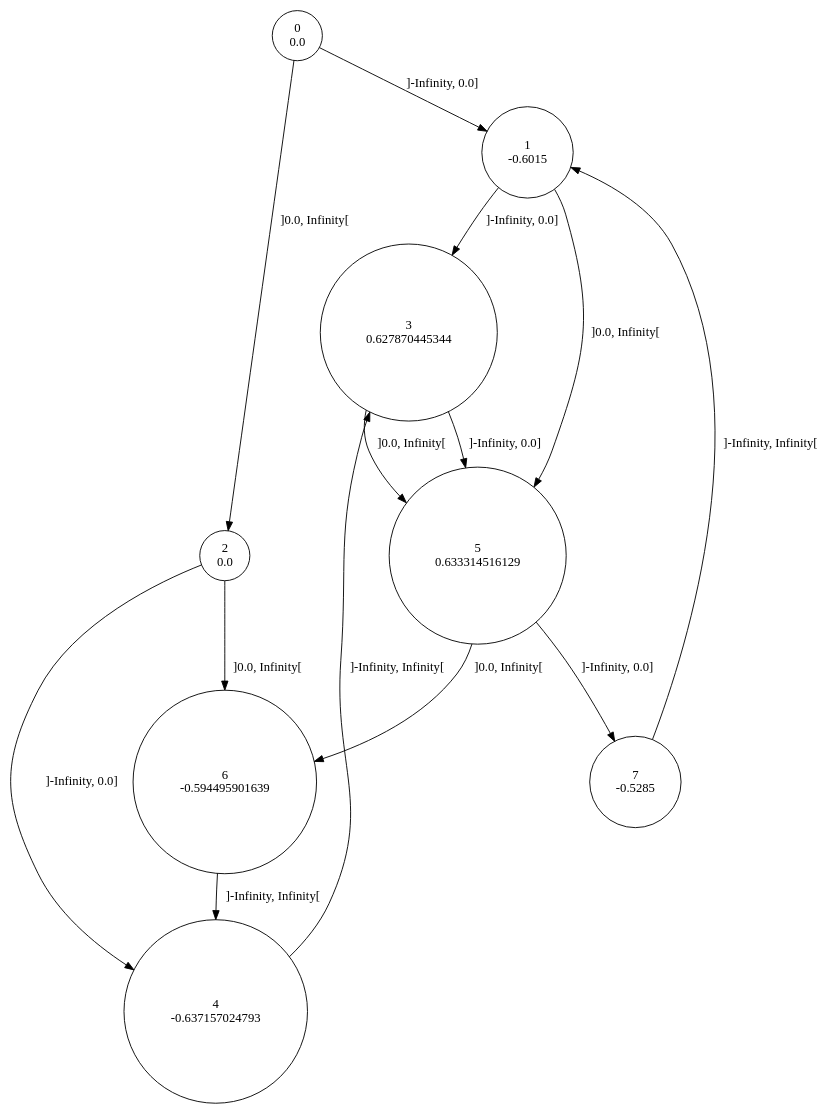
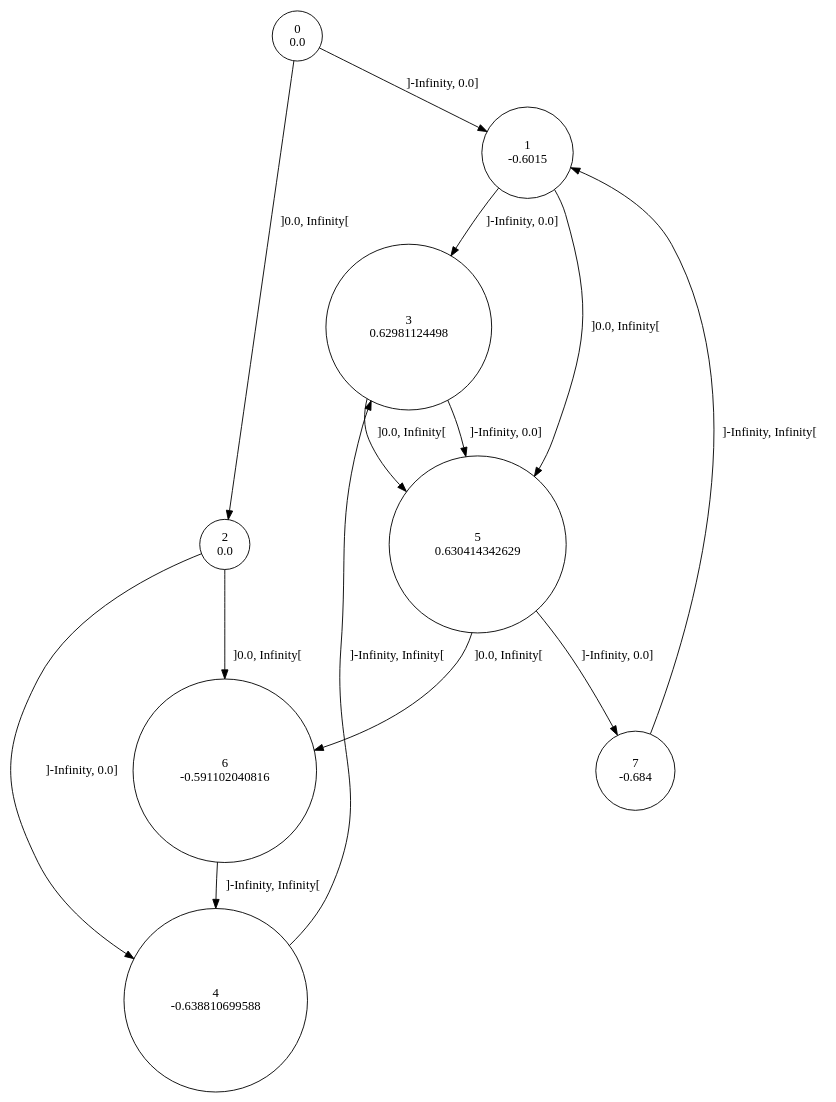
One commit to gllpellegrino/RAI_experiments changed the diagram in sinus/data/6/rtisy.dot. Above: the diagram before and after it, drawn with Graphviz. The commit also changed 810 other files, not shown here.

```diff
--- a/sinus/data/6/rtisy.dot
+++ b/sinus/data/6/rtisy.dot
@@ -1,23 +1,23 @@
 digraph a {
 0 [shape=circle, label="0\n0.0"];
 	0 -> 1 [label="]-Infinity, 0.0]"];
 	0 -> 2 [label="]0.0, Infinity["];
 1 [shape=circle, label="1\n-0.6015"];
 	1 -> 3 [label="]-Infinity, 0.0]"];
 	1 -> 5 [label="]0.0, Infinity["];
 2 [shape=circle, label="2\n0.0"];
 	2 -> 4 [label="]-Infinity, 0.0]"];
 	2 -> 6 [label="]0.0, Infinity["];
-3 [shape=circle, label="3\n0.627870445344"];
+3 [shape=circle, label="3\n0.62981124498"];
 	3 -> 5 [label="]-Infinity, 0.0]"];
 	3 -> 5 [label="]0.0, Infinity["];
-4 [shape=circle, label="4\n-0.637157024793"];
+4 [shape=circle, label="4\n-0.638810699588"];
 	4 -> 3 [label="]-Infinity, Infinity["];
-5 [shape=circle, label="5\n0.633314516129"];
+5 [shape=circle, label="5\n0.630414342629"];
 	5 -> 7 [label="]-Infinity, 0.0]"];
 	5 -> 6 [label="]0.0, Infinity["];
-6 [shape=circle, label="6\n-0.594495901639"];
+6 [shape=circle, label="6\n-0.591102040816"];
 	6 -> 4 [label="]-Infinity, Infinity["];
-7 [shape=circle, label="7\n-0.5285"];
+7 [shape=circle, label="7\n-0.684"];
 	7 -> 1 [label="]-Infinity, Infinity["];
 }
```
